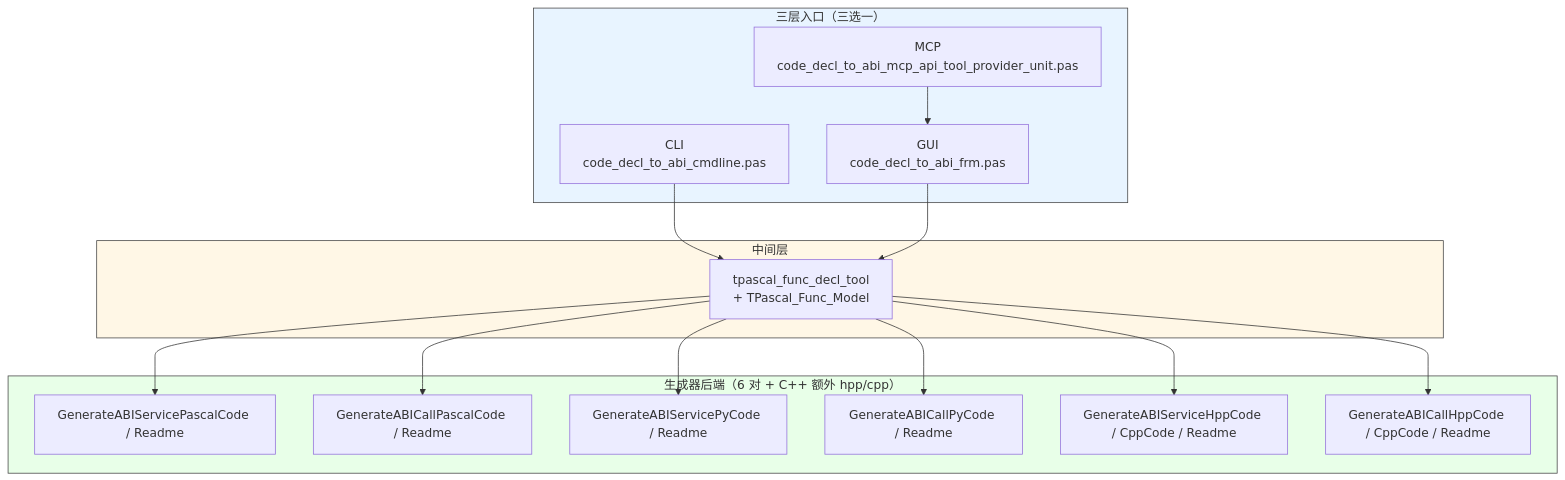
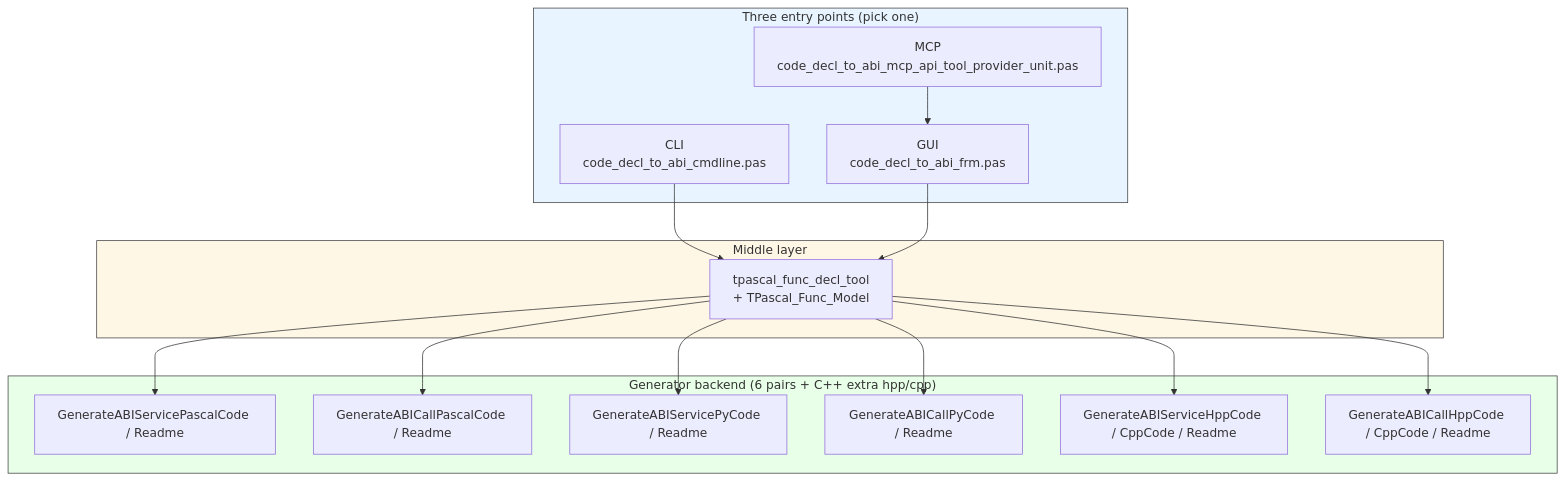
Before and after one commit to PassByYou888/LingoFuse-Tools: the first of 6 diagrams in src/pascal_c_to_abi/code_decl_to_abi_OPERATIONS.md, drawn with Mermaid. The commit also changed other lines of this file, not shown here.

````diff
--- a/src/pascal_c_to_abi/code_decl_to_abi_OPERATIONS.md
+++ b/src/pascal_c_to_abi/code_decl_to_abi_OPERATIONS.md
@@ -76,36 +83,36 @@
 ```mermaid
 flowchart TD
-    subgraph Front["三层入口（三选一）"]
+    subgraph Front["Three entry points (pick one)"]
         CLI["CLI<br/>code_decl_to_abi_cmdline.pas"]
         GUI["GUI<br/>code_decl_to_abi_frm.pas"]
         MCP["MCP<br/>code_decl_to_abi_mcp_api_tool_provider_unit.pas"]
     end
 
-    subgraph Mid["中间层"]
+    subgraph Mid["Middle layer"]
         Parser["tpascal_func_decl_tool<br/>+ TPascal_Func_Model"]
     end
 
-    subgraph Back["生成器后端（6 对 + C++ 额外 hpp/cpp）"]
+    subgraph Back["Generator backend (6 pairs + C++ extra hpp/cpp)"]
         B1["GenerateABIServicePascalCode / Readme"]
         B2["GenerateABICallPascalCode / Readme"]
         B3["GenerateABIServicePyCode / Readme"]
         B4["GenerateABICallPyCode / Readme"]
         B5["GenerateABIServiceHppCode / CppCode / Readme"]
         B6["GenerateABICallHppCode / CppCode / Readme"]
     end
 
     CLI --> Parser
     GUI --> Parser
     MCP --> GUI
 
     Parser --> B1
     Parser --> B2
     Parser --> B3
     Parser --> B4
     Parser --> B5
     Parser --> B6
 
     style Front fill:#e8f4ff,stroke:#444
     style Mid fill:#fff7e6,stroke:#444
     style Back fill:#e8ffe8,stroke:#444
 ```
````
